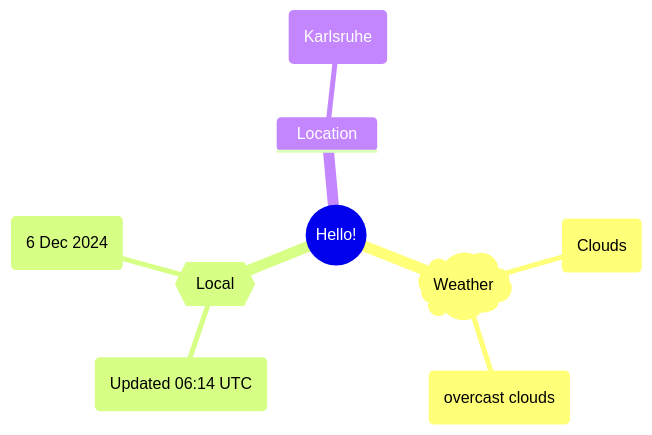
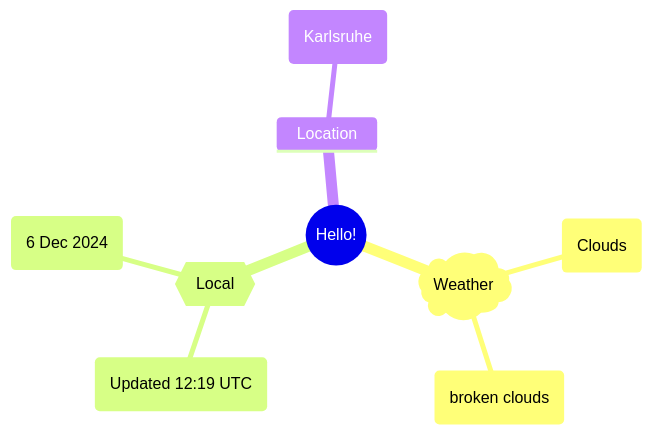
One commit to Xosrov/Xosrov changed the first of 2 diagrams in README.md. Above: the diagram before and after it, drawn with Mermaid.

Commit message:
[bot] updated images

````diff
--- a/README.md
+++ b/README.md
@@ -3,12 +3,12 @@
 ```mermaid
 mindmap
   root((Hello!))
     )Weather(
         (Clouds)
-        (overcast clouds)
+        (broken clouds)
     {{Local}}
-        (Updated 06:14 UTC)
+        (Updated 12:19 UTC)
         (6 Dec 2024)
     Location
         (Karlsruhe)
 ```
````
